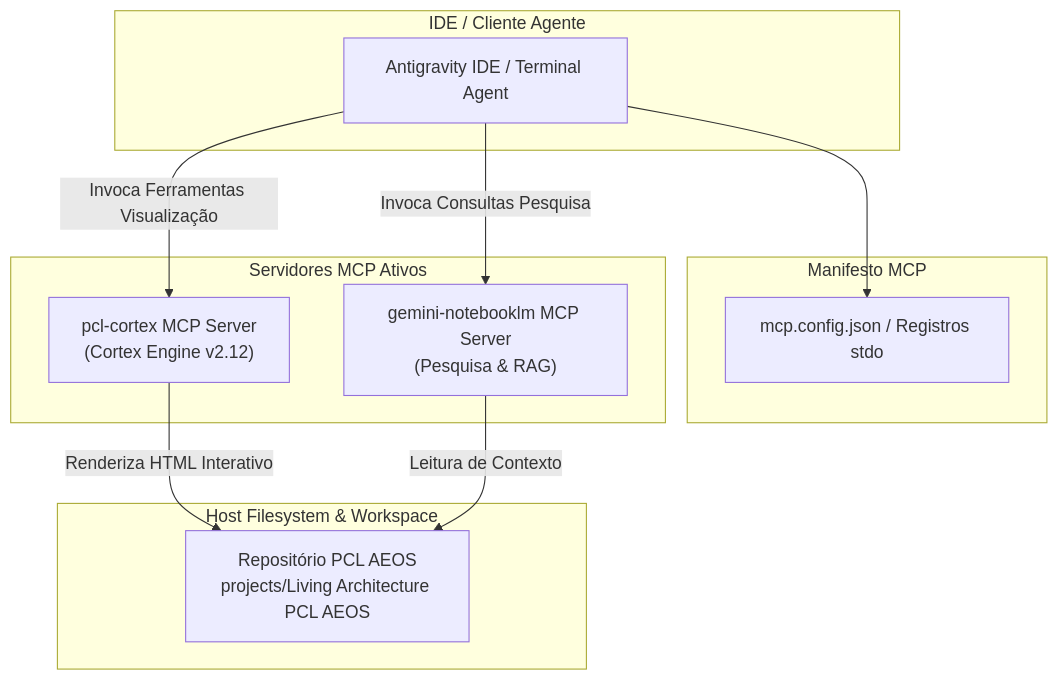
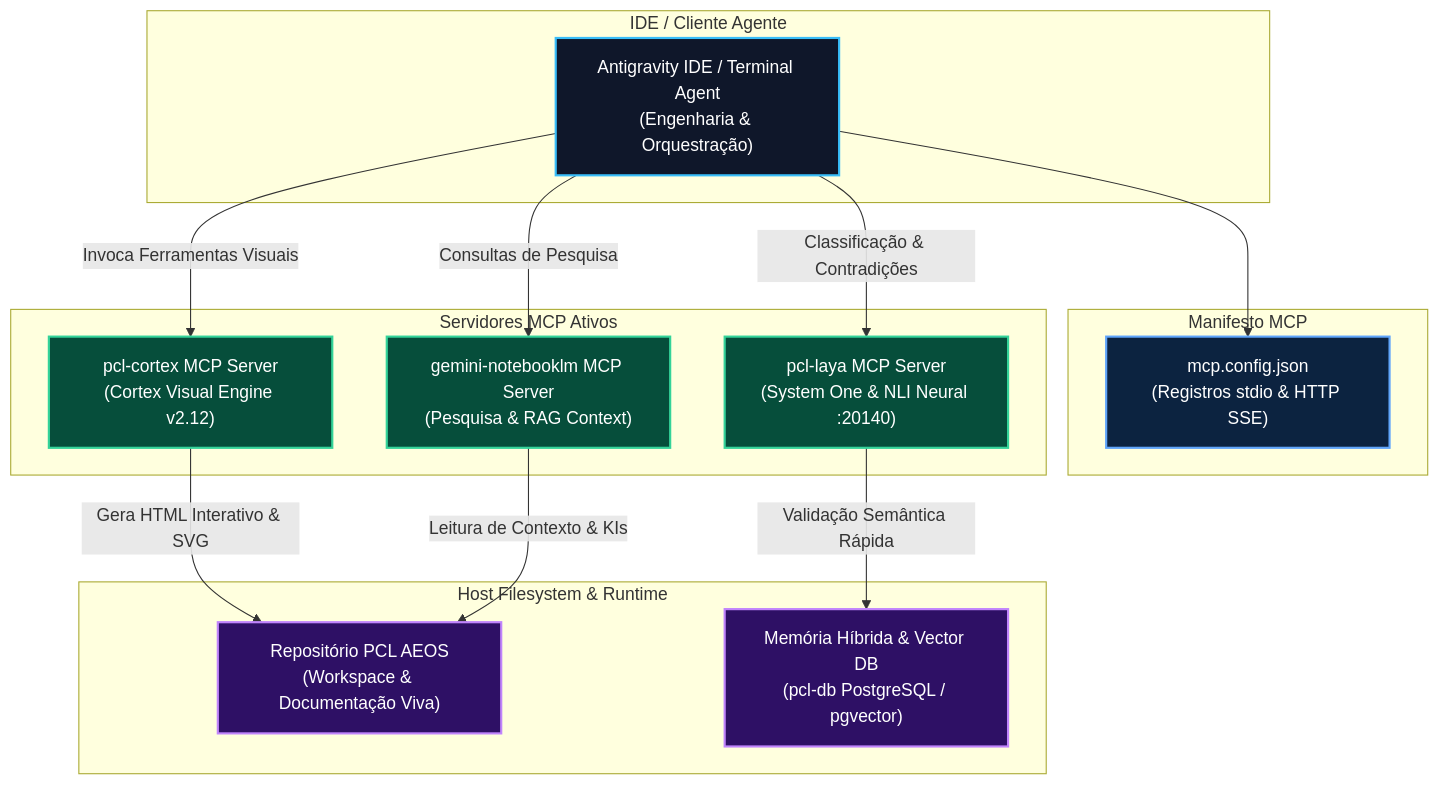
The diagram in projects/Living Architecture PCL AEOS/docs/integrations-mcp/README.md (EnterDufter/PromptCoreLabs_AEOS), drawn with Mermaid before and after one commit. The commit also changed other lines of this file and 8 other files, not shown here.

Commit message:
style(mermaid): calibrate diagram dimensions, anti-clipping CSS and add cortex mermaid governance

````diff
--- a/projects/Living Architecture PCL AEOS/docs/integrations-mcp/README.md
+++ b/projects/Living Architecture PCL AEOS/docs/integrations-mcp/README.md
@@ -20,25 +21,34 @@
 ```mermaid
 graph TD
+    classDef client fill:#0f172a,stroke:#38bdf8,stroke-width:2px,color:#ffffff
+    classDef config fill:#0c2340,stroke:#60a5fa,stroke-width:2px,color:#ffffff
+    classDef server fill:#064e3b,stroke:#34d399,stroke-width:2px,color:#ffffff
+    classDef target fill:#2e1065,stroke:#c084fc,stroke-width:2px,color:#ffffff
+
     subgraph ClientLayer["IDE / Cliente Agente"]
-        IDE["Antigravity IDE / Terminal Agent"]
+        IDE["Antigravity IDE / Terminal Agent<br/>(Engenharia & Orquestração)"]:::client
     end
 
     subgraph ConfigLayer["Manifesto MCP"]
-        CONF["mcp.config.json / Registros stdo"]
+        CONF["mcp.config.json<br/>(Registros stdio & HTTP SSE)"]:::config
     end
 
     subgraph MCPServers["Servidores MCP Ativos"]
-        CX_MCP["pcl-cortex MCP Server\n(Cortex Engine v2.12)"]
-        NLM_MCP["gemini-notebooklm MCP Server\n(Pesquisa & RAG)"]
+        CX_MCP["pcl-cortex MCP Server<br/>(Cortex Visual Engine v2.12)"]:::server
+        LAYA_MCP["pcl-laya MCP Server<br/>(System One & NLI Neural :20140)"]:::server
+        NLM_MCP["gemini-notebooklm MCP Server<br/>(Pesquisa & RAG Context)"]:::server
     end
 
-    subgraph TargetWorkspace["Host Filesystem & Workspace"]
-        WS["Repositório PCL AEOS\nprojects/Living Architecture PCL AEOS"]
+    subgraph TargetWorkspace["Host Filesystem & Runtime"]
+        WS["Repositório PCL AEOS<br/>(Workspace & Documentação Viva)"]:::target
+        MEM["Memória Híbrida & Vector DB<br/>(pcl-db PostgreSQL / pgvector)"]:::target
     end
 
     IDE --> CONF
-    IDE -->|Invoca Ferramentas Visualização| CX_MCP
-    IDE -->|Invoca Consultas Pesquisa| NLM_MCP
-    CX_MCP -->|Renderiza HTML Interativo| WS
-    NLM_MCP -->|Leitura de Contexto| WS
+    IDE -->|Invoca Ferramentas Visuais| CX_MCP
+    IDE -->|Classificação & Contradições| LAYA_MCP
+    IDE -->|Consultas de Pesquisa| NLM_MCP
+    CX_MCP -->|Gera HTML Interativo & SVG| WS
+    LAYA_MCP -->|Validação Semântica Rápida| MEM
+    NLM_MCP -->|Leitura de Contexto & KIs| WS
 ```
````
